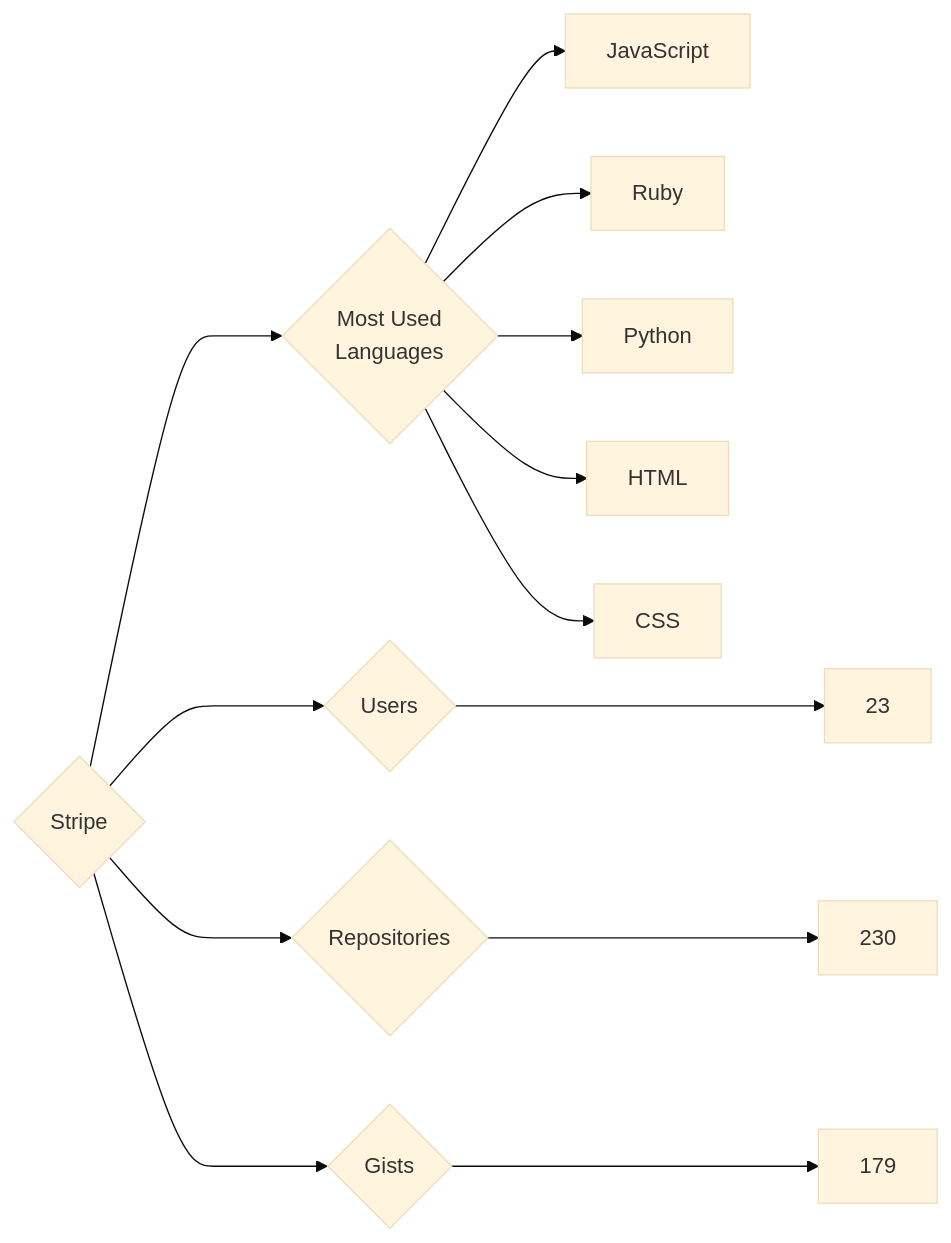
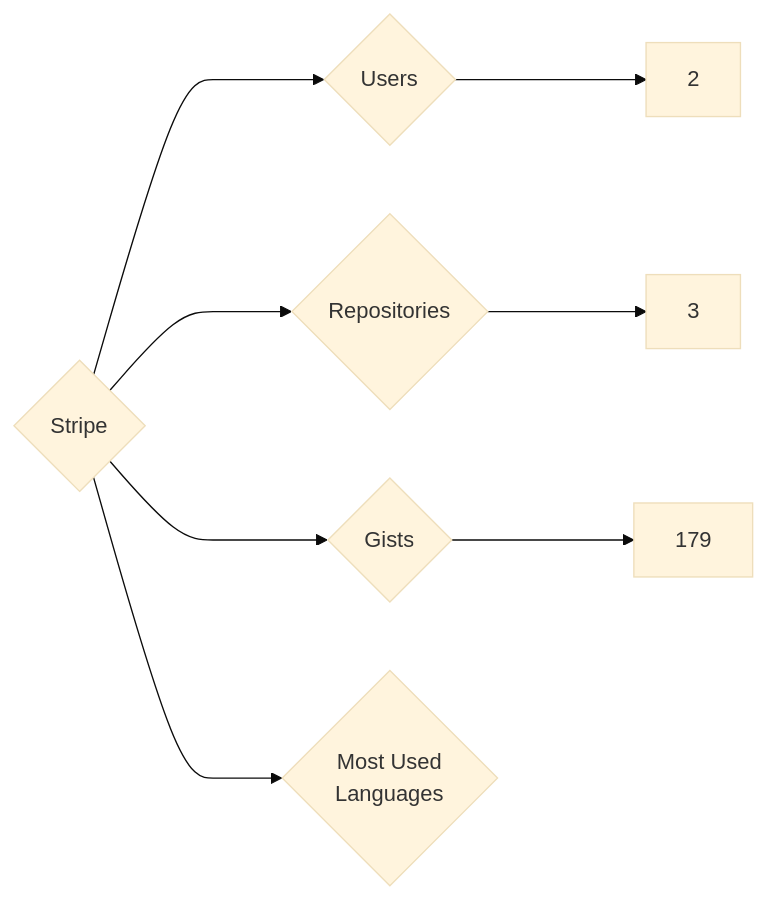
The diagram in targets/Stripe/README.md (trickest/insiders), drawn with Mermaid (base theme) before and after one commit. The commit also changed 773 other files, not shown here.

````diff
--- a/targets/Stripe/README.md
+++ b/targets/Stripe/README.md
@@ -3,13 +3,8 @@
 ```mermaid
 graph LR
 COMPANY_NAME{Stripe}
-COMPANY_NAME ---> U{Users} ---> UN[23]
-COMPANY_NAME ---> R{Repositories} ---> RN[230]
+COMPANY_NAME ---> U{Users} ---> UN[2]
+COMPANY_NAME ---> R{Repositories} ---> RN[3]
 COMPANY_NAME ---> G{Gists} ---> GN[179]
 COMPANY_NAME ---> ML{Most Used<br>Languages}
-ML --> JavaScript[JavaScript]
-ML --> Ruby[Ruby]
-ML --> Python[Python]
-ML --> HTML[HTML]
-ML --> CSS[CSS]
 ```
````
